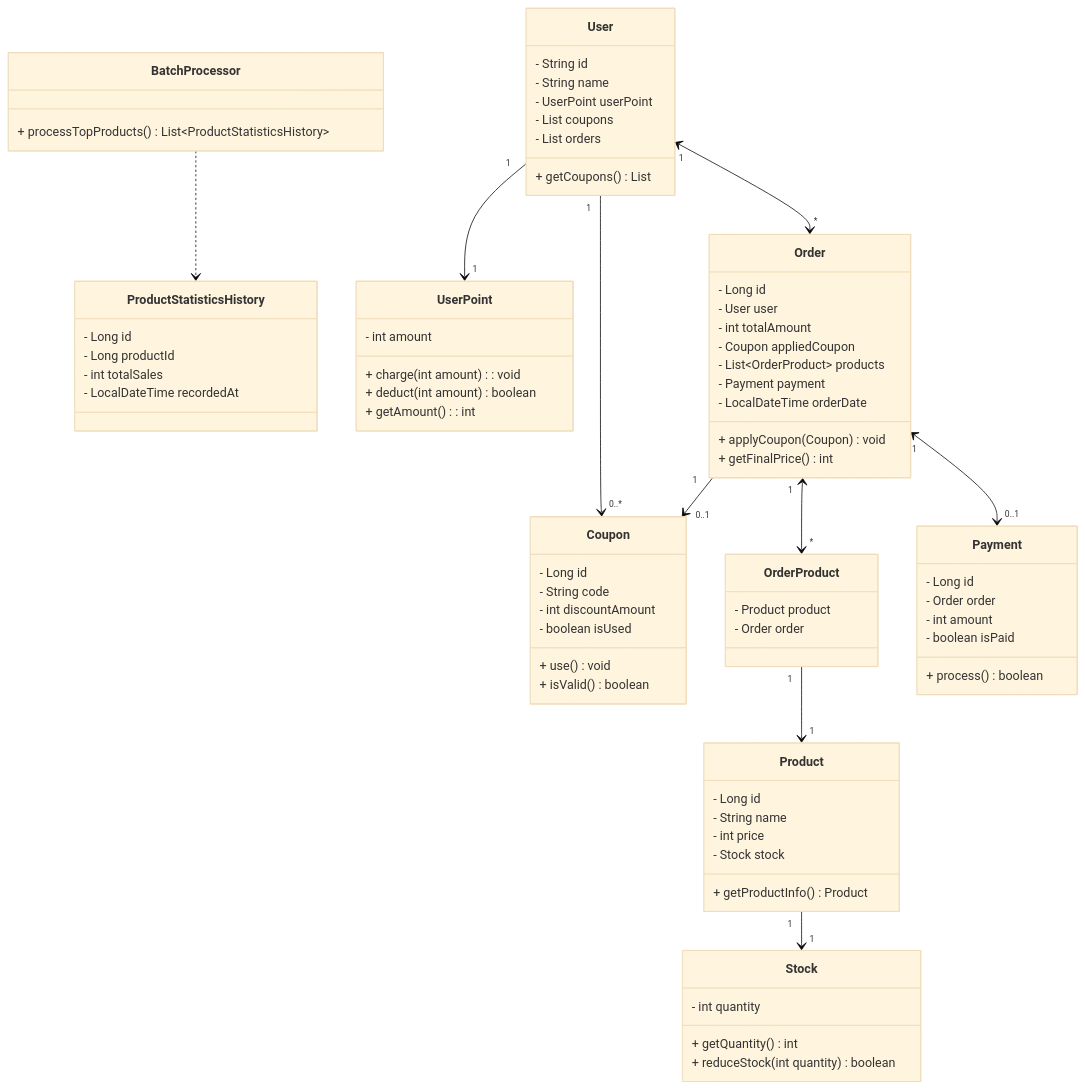
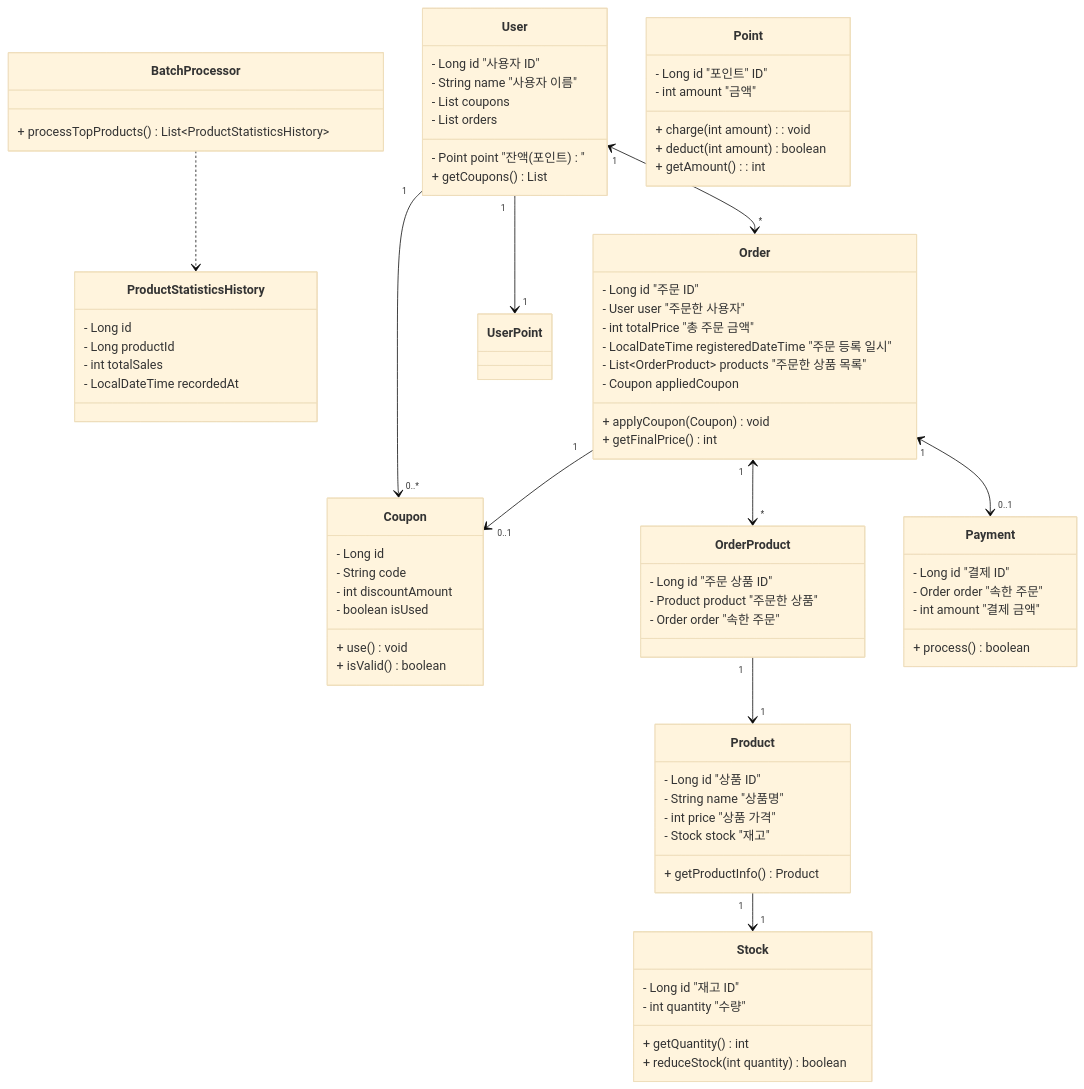
One commit to chanhl22/hhplus-server changed the diagram in docs/클래스다이어그램.md. Above: the diagram before and after it, drawn with Mermaid (base theme).

Commit message:
fix: 클래스 다이어그램 수정

```diff
--- a/docs/클래스다이어그램.md
+++ b/docs/클래스다이어그램.md
@@ -15,16 +15,17 @@
 
     %% 사용자 관련 클래스
     class User {
-        - String id
-        - String name
-        - UserPoint userPoint
+        - Long id "사용자 ID"
+        - String name "사용자 이름"
+        - Point point "잔액(포인트)"
         - List<Coupon> coupons
         - List<Order> orders
         + getCoupons() List<Coupon>
     }
 
-    class UserPoint {
-        - int amount
+    class Point {
+        - Long id "포인트" ID"
+        - int amount "금액"
         + charge(int amount): void
         + deduct(int amount) boolean
         + getAmount(): int
@@ -41,42 +42,42 @@
 
     %% 상품 관련 클래스
     class Product {
-        - Long id
-        - String name
-        - int price
-        - Stock stock
+        - Long id "상품 ID"
+        - String name "상품명"
+        - int price "상품 가격"
+        - Stock stock "재고"
         + getProductInfo() Product
     }
 
     class Stock {
-        - int quantity
+        - Long id "재고 ID"
+        - int quantity "수량"
         + getQuantity() int
         + reduceStock(int quantity) boolean
     }
 
     %% 주문 및 결제 관련 클래스
     class Order {
-        - Long id
-        - User user
-        - int totalAmount
+        - Long id "주문 ID"
+        - User user "주문한 사용자"
+        - int totalPrice "총 주문 금액"
+        - LocalDateTime registeredDateTime "주문 등록 일시"
+        - List~OrderProduct~ products "주문한 상품 목록"
         - Coupon appliedCoupon
-        - List~OrderProduct~ products
-        - Payment payment
-        - LocalDateTime orderDate
         + applyCoupon(Coupon) void
         + getFinalPrice() int
     }
 
     class OrderProduct {
-        - Product product
-        - Order order
+        - Long id "주문 상품 ID"
+        - Product product "주문한 상품"
+        - Order order "속한 주문"
     }
 
     class Payment {
-        - Long id
-        - Order order
-        - int amount
-        - boolean isPaid
+        - Long id "결제 ID"
+        - Order order "속한 주문"
+        - int amount "결제 금액"
         + process() boolean
     }
 
```
